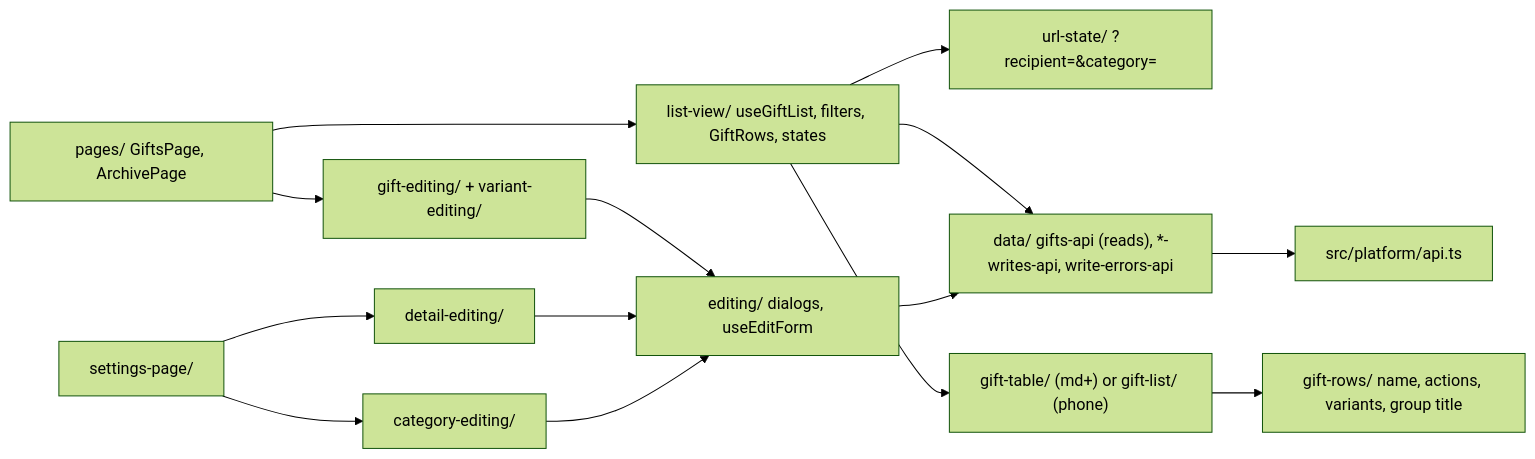
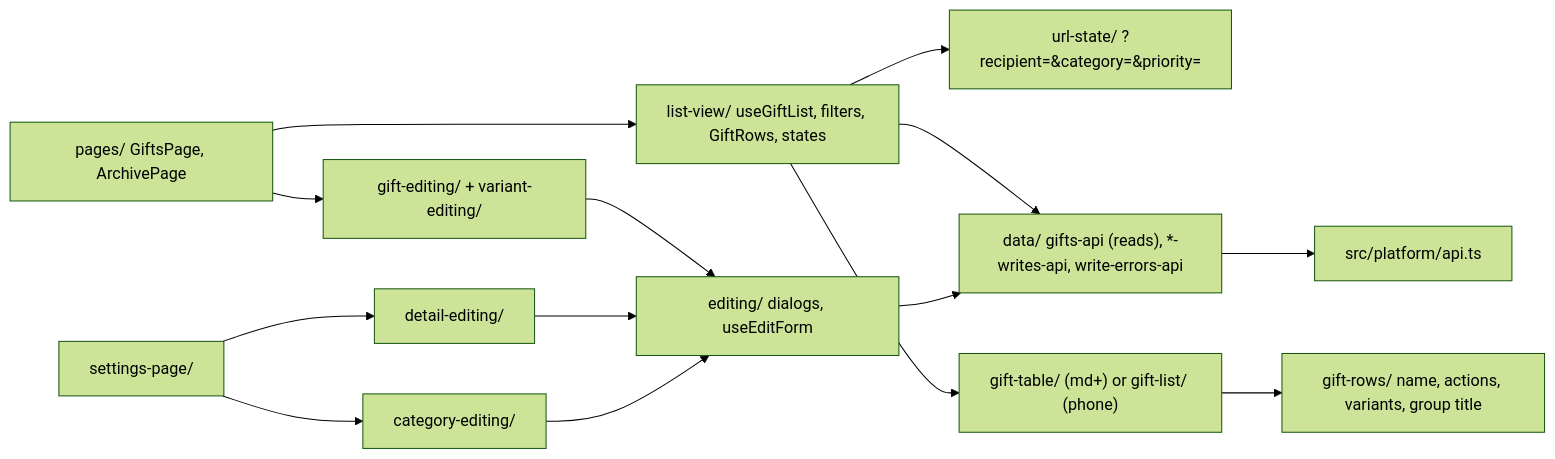
One commit to Weretik/home-app changed the second of 2 diagrams in web/docs/architecture.md. Above: the diagram before and after it, drawn with Mermaid (forest theme). The commit also changed other lines of this file and 6 other files, not shown here.

````diff
--- a/web/docs/architecture.md
+++ b/web/docs/architecture.md
@@ -235,11 +235,11 @@
 ```mermaid
 flowchart LR
     pages["pages/ GiftsPage, ArchivePage"] --> list["list-view/ useGiftList, filters, GiftRows, states"]
-    list --> url["url-state/ ?recipient=&category="]
+    list --> url["url-state/ ?recipient=&category=&priority="]
     list --> data["data/ gifts-api (reads), *-writes-api, write-errors-api"]
     list --> rows["gift-table/ (md+) or gift-list/ (phone)"] --> parts["gift-rows/ name, actions, variants, group title"]
     pages --> giftEdit["gift-editing/ + variant-editing/"]
     settings["settings-page/"] --> detail["detail-editing/"] & category["category-editing/"]
     giftEdit & detail & category --> editing["editing/ dialogs, useEditForm"] --> data
     data --> platform["src/platform/api.ts"]
 ```
````
